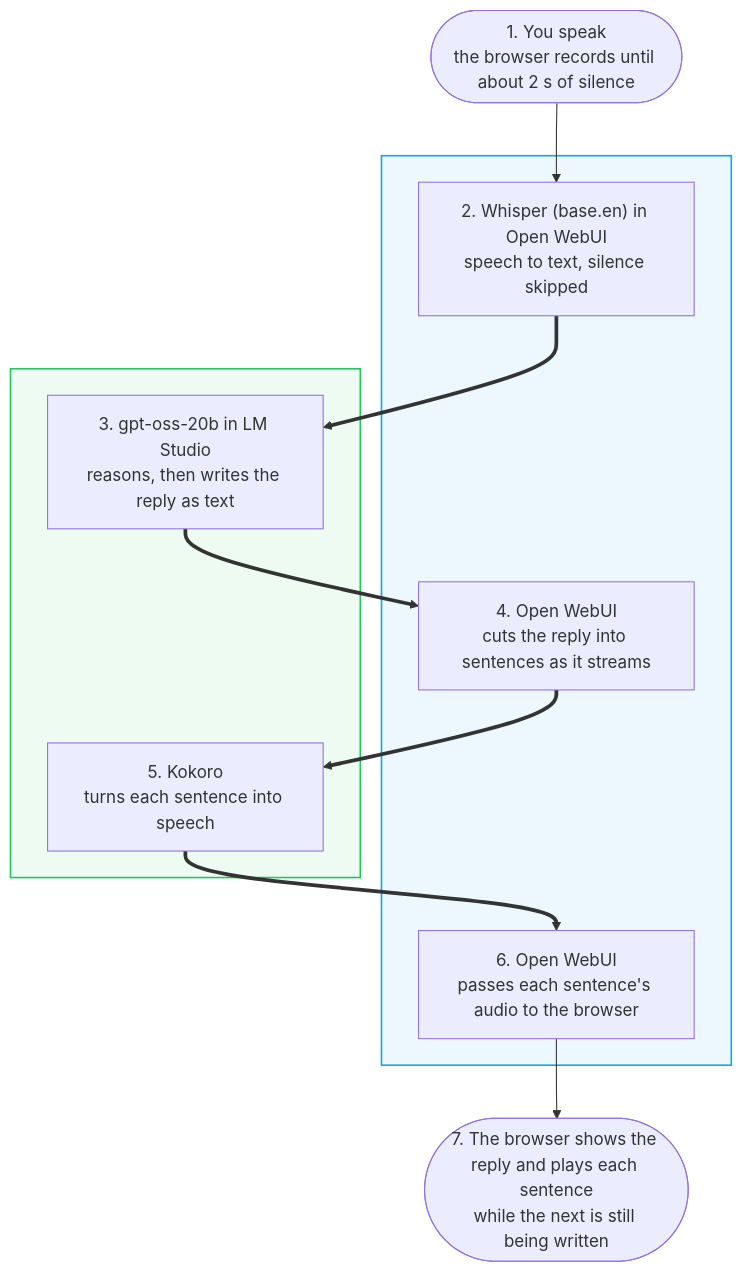
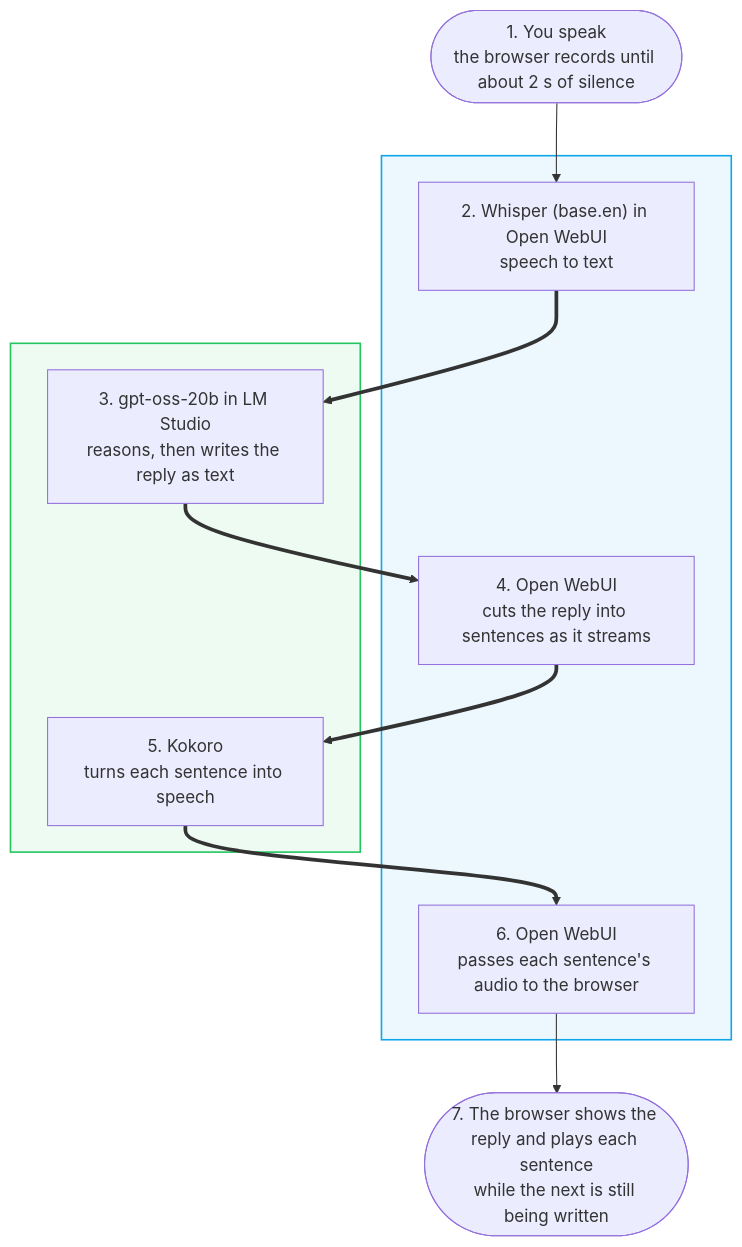
One commit to joehall02/Homelab changed the second of 2 diagrams in docs/ai.md. Above: the diagram before and after it, drawn with Mermaid. The commit also changed other lines of this file and 1 other file, not shown here.

Commit message:
Open WebUI Remove whisper filter and ask_user tool

````diff
--- a/docs/ai.md
+++ b/docs/ai.md
@@ -223,33 +228,33 @@
 ```mermaid
 ---
 config:
   layout: dagre
   look: classic
 ---
 flowchart TD
     Speak(["1. You speak<br/>the browser records until about 2 s of silence"])
 
     subgraph homelab[" "]
-        Whisper["2. Whisper (base.en) in Open WebUI<br/>speech to text, silence skipped"]
+        Whisper["2. Whisper (base.en) in Open WebUI<br/>speech to text"]
         Split["4. Open WebUI<br/>cuts the reply into sentences as it streams"]
         Serve["6. Open WebUI<br/>passes each sentence's audio to the browser"]
     end
 
     subgraph mac[" "]
         LMS["3. gpt-oss-20b in LM Studio<br/>reasons, then writes the reply as text"]
         Kokoro["5. Kokoro<br/>turns each sentence into speech"]
     end
 
     Play(["7. The browser shows the reply and plays each sentence<br/>while the next is still being written"])
 
     %% Labels sit in the nodes, not on the edges, so no label lands on a line
     Speak --> Whisper
     Whisper ==> LMS
     LMS ==> Split
     Split ==> Kokoro
     Kokoro ==> Serve
     Serve --> Play
 
     style homelab fill:#0ea5e914,stroke:#0ea5e9,stroke-width:1.5px
     style mac fill:#22c55e14,stroke:#22c55e,stroke-width:1.5px
 ```
````
